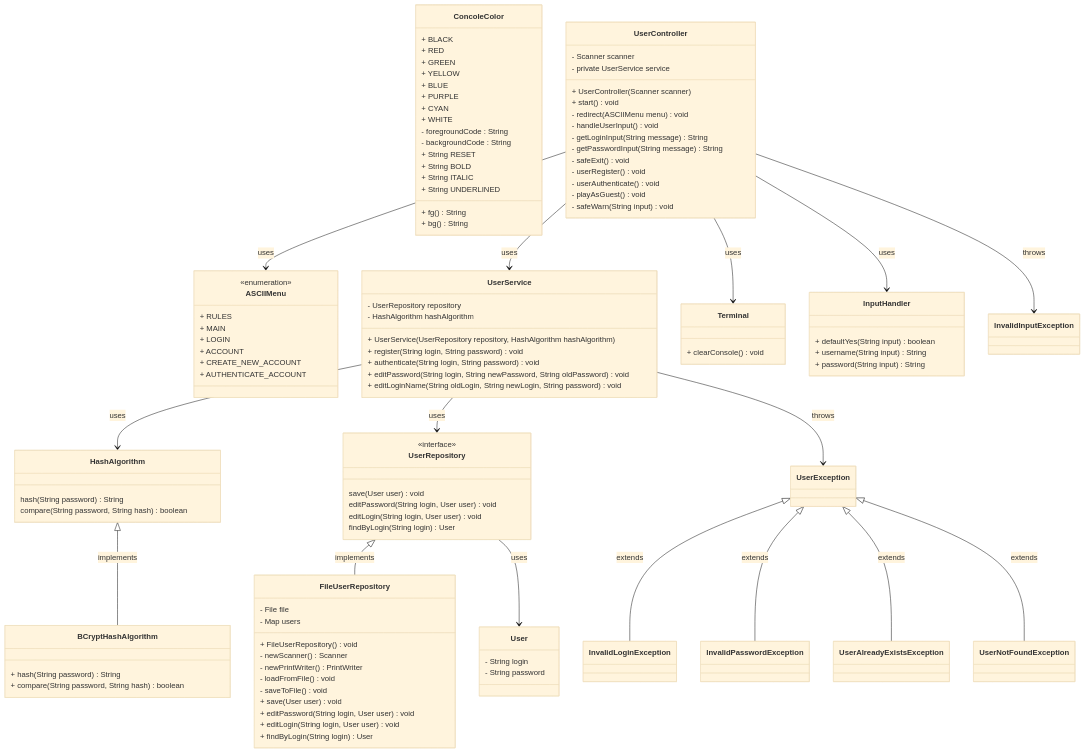
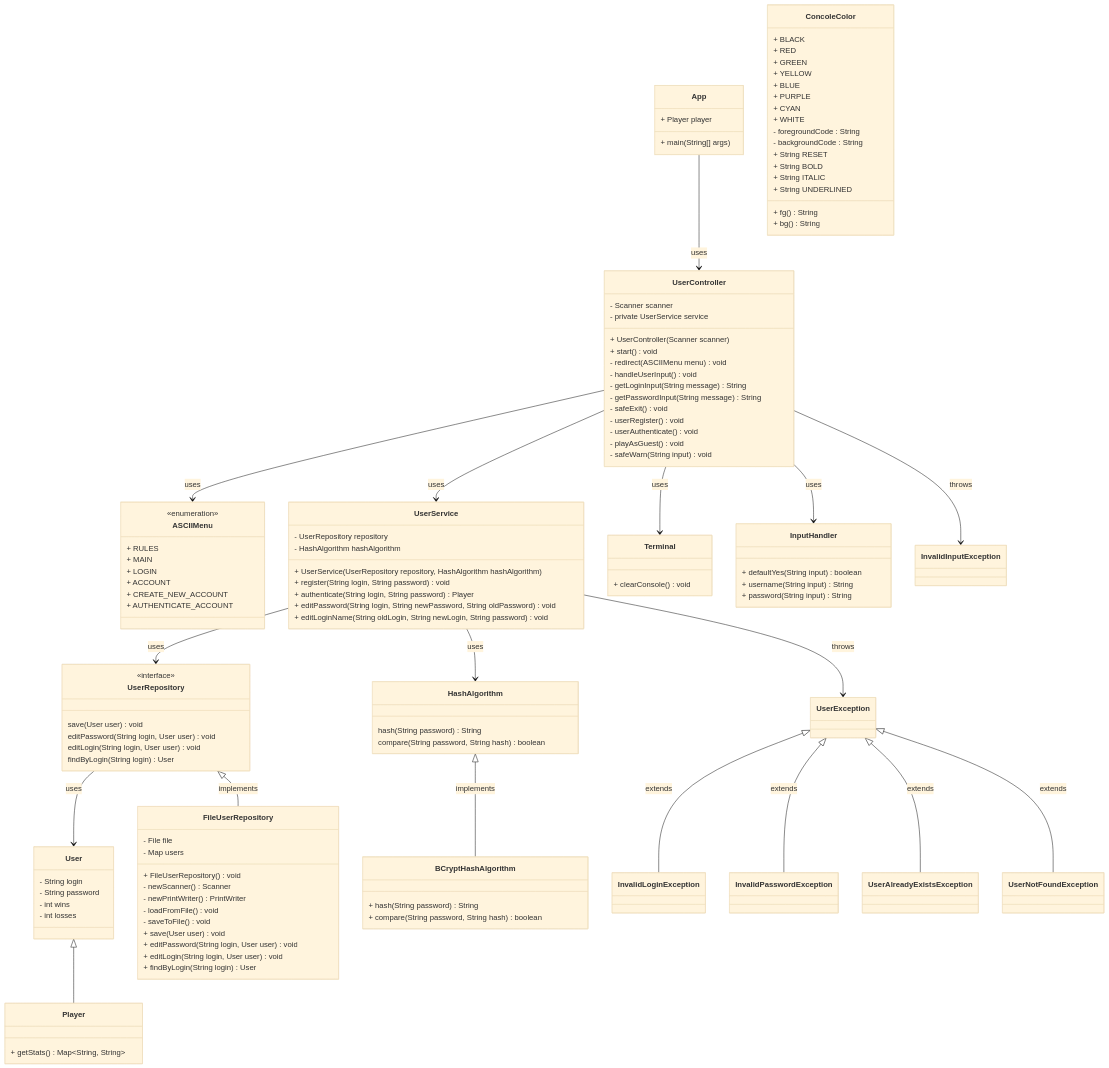
One commit to sioterino/minesweeper changed the diagram in docs/auth.md. Above: the diagram before and after it, drawn with Mermaid (base theme). The commit also changed 6 other files, not shown here.

Commit message:
added a session user class Player which extends User and has a method os statitistics

````diff
--- a/docs/auth.md
+++ b/docs/auth.md
@@ -3,10 +3,22 @@
 ```mermaid
 classDiagram
+    
+    %% entry
+    class App {
+        + Player player
+        + main(String[] args)
+    }
     
     %% entity models    
     class User {
         - String login
         - String password
+        - int wins
+        - int losses
+    }
+    
+    class Player {
+        + getStats() Map~String, String~
     }
     
     %% interfaces
@@ -83,7 +95,7 @@
         
         + UserService(UserRepository repository, HashAlgorithm hashAlgorithm)
         + register(String login, String password) void
-        + authenticate(String login, String password) void
+        + authenticate(String login, String password) Player
         + editPassword(String login, String newPassword, String oldPassword) void
         + editLoginName(String oldLogin, String newLogin, String password) void
     }
@@ -134,6 +146,8 @@
     UserException <|-- InvalidPasswordException : extends
     UserException <|-- UserAlreadyExistsException : extends
     UserException <|-- UserNotFoundException : extends
+    
+    User <|-- Player
 
     UserRepository --> User : uses
     
@@ -144,6 +158,7 @@
     UserController --> ASCIIMenu : uses
     UserController --> InputHandler : uses
     UserController --> Terminal : uses
+    App --> UserController : uses
 
     UserController --> InvalidInputException : throws
     UserService --> UserException : throws
````
